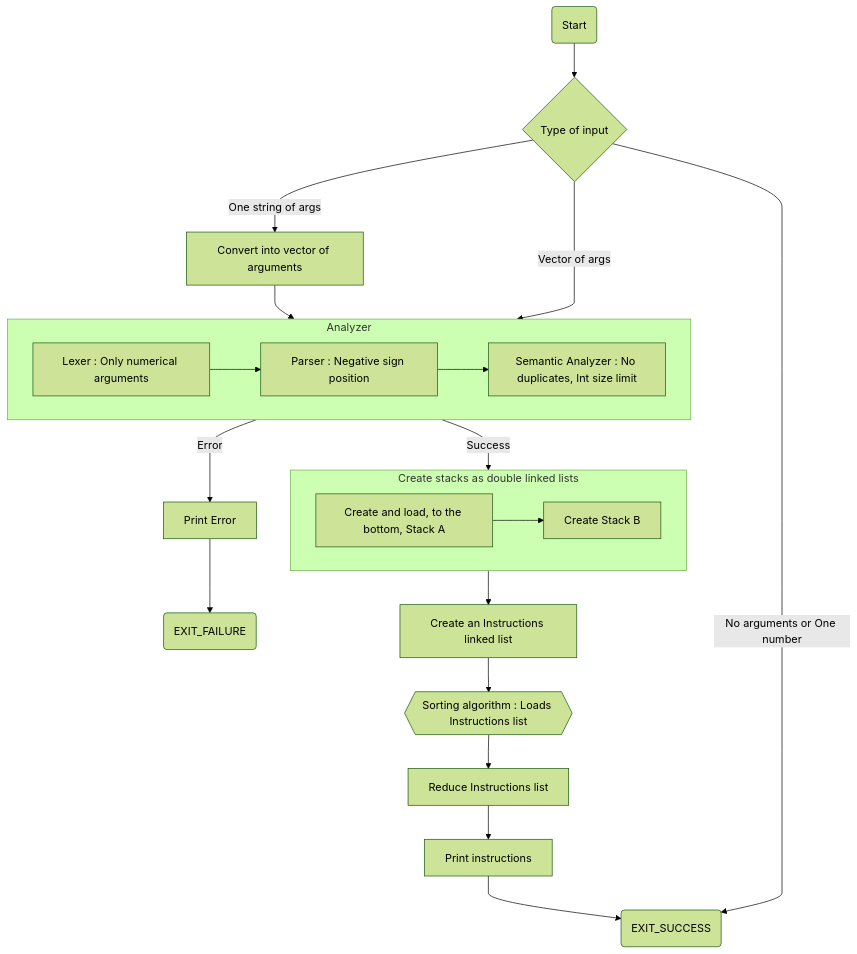
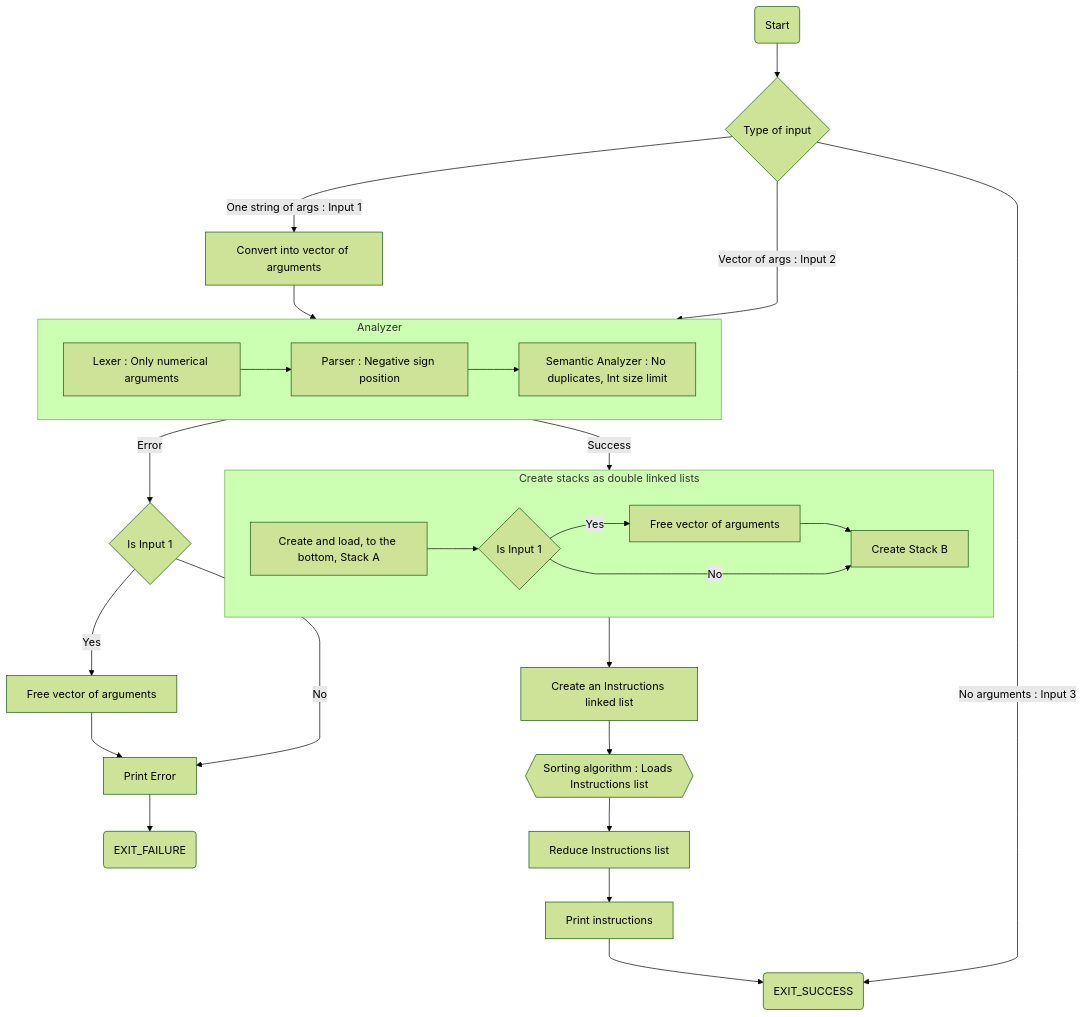
The diagram in docs/README.md (3lsy/push_swap), drawn with Mermaid (forest theme) before and after one commit.

````diff
--- a/docs/README.md
+++ b/docs/README.md
@@ -10,25 +10,32 @@
 ```mermaid
 %%{ init: { 'flowchart': { 'curve': 'monotoneY' } } }%%
 flowchart TD
     Start(Start) --> input{Type of input}
-    input -- One string of args --> oneArgs[Convert into vector of arguments]
-    input -- Vector of args --> Analyzer
-    input -- No arguments or One number --> ExitSuccess(EXIT_SUCCESS)
+    input -- One string of args : Input 1 --> oneArgs[Convert into vector of arguments]
+    input -- Vector of args : Input 2 --> Analyzer
+    input -- No arguments : Input 3 --> ExitSuccess(EXIT_SUCCESS)
     oneArgs --> Analyzer
     subgraph Analyzer
     Lexer[Lexer : Only numerical arguments] --> Parser[Parser : Negative sign position]
     Parser --> Semantic[Semantic Analyzer : No duplicates, Int size limit]
     end
-    Analyzer -- Error --> Perror[Print Error]
+    Analyzer -- Error --> IsOne{Is Input 1}
+    IsOne -- Yes --> FreeVec[Free vector of arguments]
+    IsOne -- No --> Perror[Print Error]
+    FreeVec --> Perror
     Perror --> ExitError(EXIT_FAILURE)
     Analyzer -- Success --> Stacks
 
     subgraph Stacks[Create stacks as double linked lists]
-    StackA[Create and load, to the bottom, Stack A] --> StackB[Create Stack B]
+    StackA[Create and load, to the bottom, Stack A] --> isOne{Is Input 1}
+    isOne -- Yes --> freeVec[Free vector of arguments]
+    freeVec --> StackB
+    isOne -- No --> StackB[Create Stack B]
     end
     Stacks --> ListInstruct[Create an Instructions linked list]
     ListInstruct --> Sort{{Sorting algorithm : Loads Instructions list}}
     Sort --> Reduce[Reduce Instructions list]
     Reduce --> printInstruct[Print instructions]
     printInstruct -->  ExitSuccess
+
 ```
````
